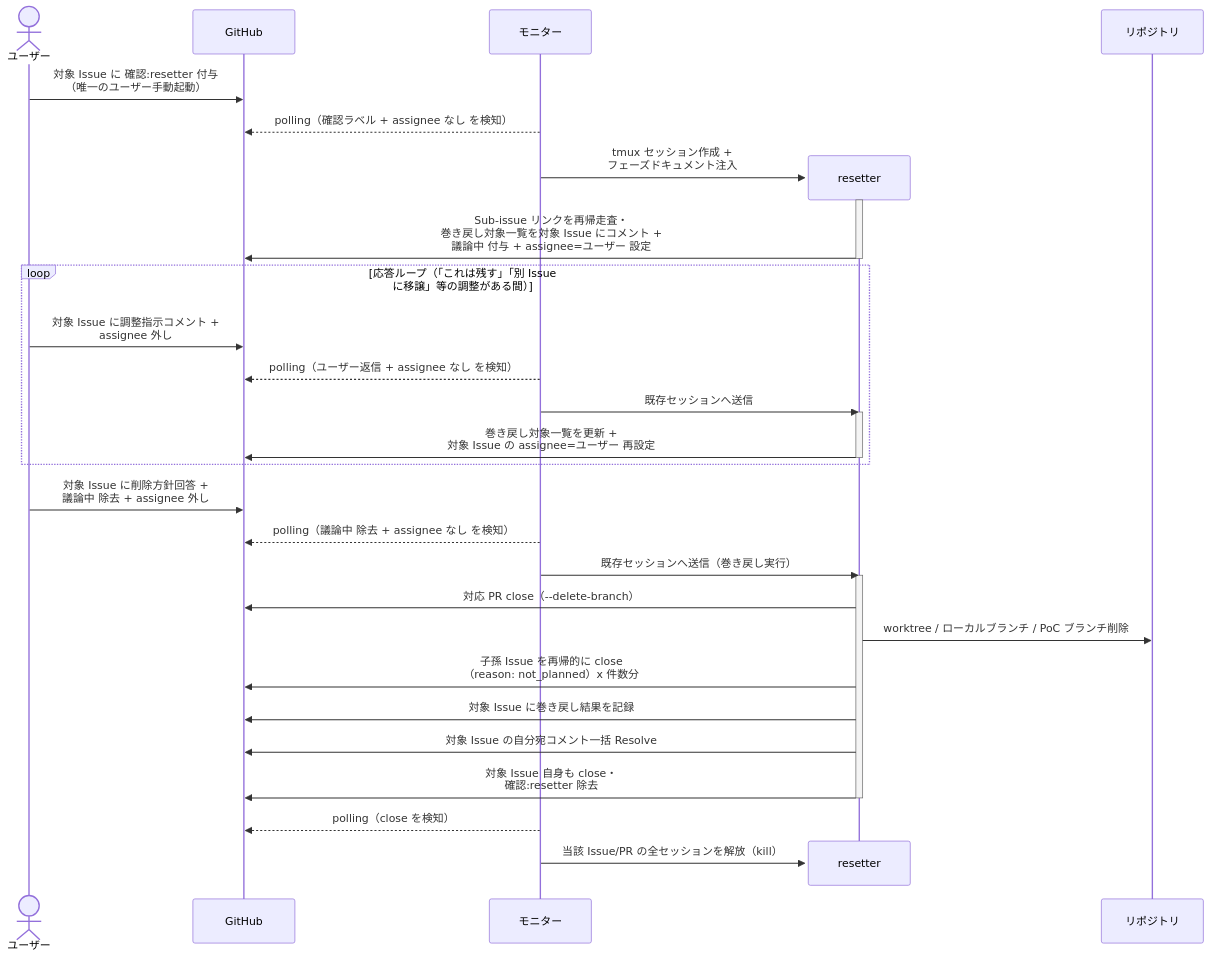
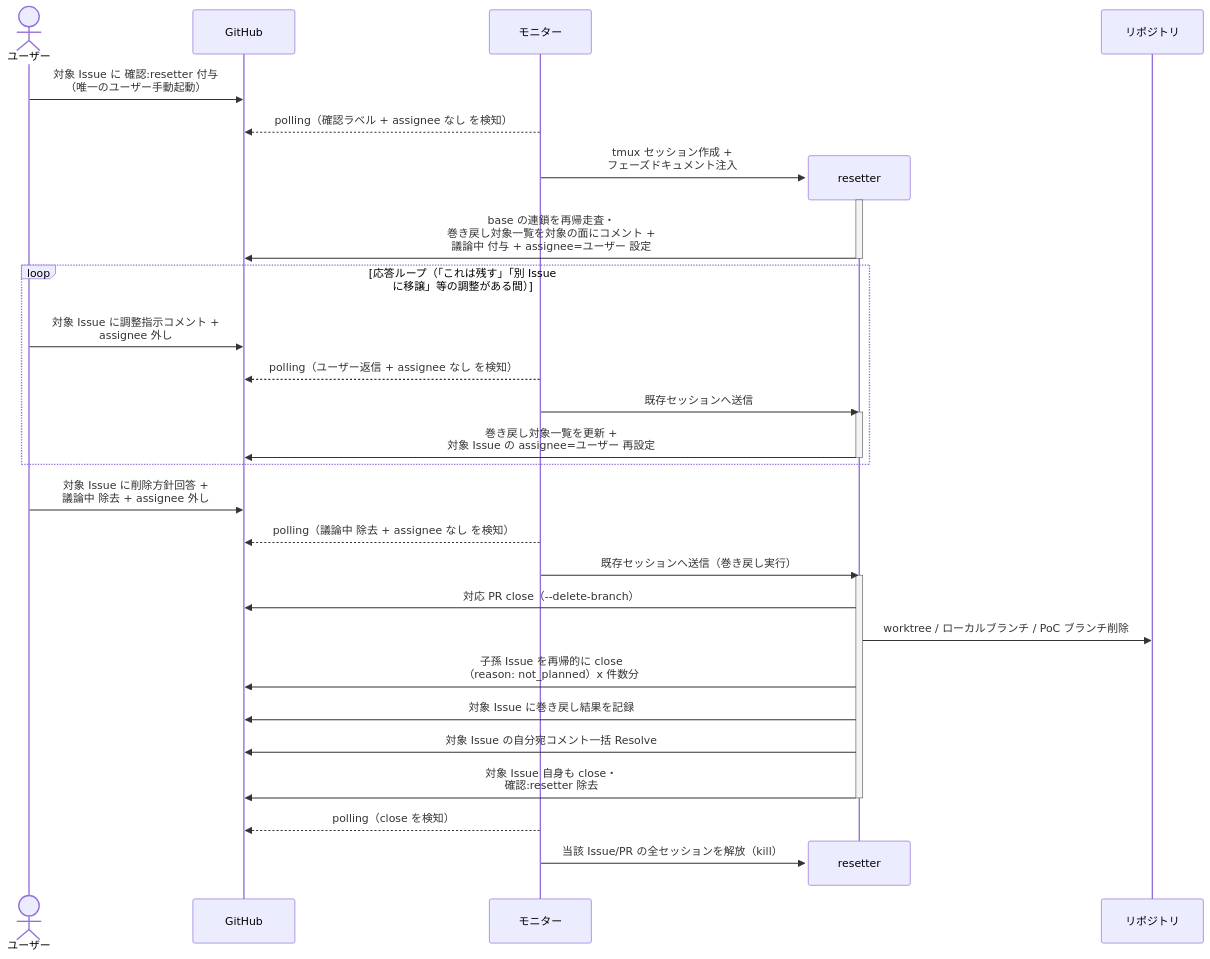
The diagram in docs/wiki/設計図/シナリオ/単一ユースケース/リセット実行.md (shuhei1101/ai-monitor), drawn with Mermaid before and after one commit. The commit also changed 256 other files, not shown here.

````diff
--- a/docs/wiki/設計図/シナリオ/単一ユースケース/リセット実行.md
+++ b/docs/wiki/設計図/シナリオ/単一ユースケース/リセット実行.md
@@ -27,39 +27,39 @@
 ```mermaid
 sequenceDiagram
   actor U as ユーザー
   participant GH as GitHub
   participant ORC as モニター
 
   U->>GH: 対象 Issue に 確認:resetter 付与<br>（唯一のユーザー手動起動）
   ORC-->>GH: polling（確認ラベル + assignee なし を検知）
   create participant MON as resetter
   ORC->>MON: tmux セッション作成 +<br>フェーズドキュメント注入
   participant REPO as リポジトリ
   activate MON
-  MON->>GH: Sub-issue リンクを再帰走査・<br>巻き戻し対象一覧を対象 Issue にコメント +<br>議論中 付与 + assignee=ユーザー 設定
+  MON->>GH: base の連鎖を再帰走査・<br>巻き戻し対象一覧を対象の面にコメント +<br>議論中 付与 + assignee=ユーザー 設定
   deactivate MON
 
   loop 応答ループ（「これは残す」「別 Issue<br>に移譲」等の調整がある間）
     U->>GH: 対象 Issue に調整指示コメント +<br>assignee 外し
     ORC-->>GH: polling（ユーザー返信 + assignee なし を検知）
     ORC->>MON: 既存セッションへ送信
     activate MON
     MON->>GH: 巻き戻し対象一覧を更新 +<br>対象 Issue の assignee=ユーザー 再設定
     deactivate MON
   end
 
   U->>GH: 対象 Issue に削除方針回答 +<br>議論中 除去 + assignee 外し
   ORC-->>GH: polling（議論中 除去 + assignee なし を検知）
   ORC->>MON: 既存セッションへ送信（巻き戻し実行）
   activate MON
   MON->>GH: 対応 PR close（--delete-branch）
   MON->>REPO: worktree / ローカルブランチ / PoC ブランチ削除
   MON->>GH: 子孫 Issue を再帰的に close<br>（reason: not_planned）x 件数分
   MON->>GH: 対象 Issue に巻き戻し結果を記録
   MON->>GH: 対象 Issue の自分宛コメント一括 Resolve
   MON->>GH: 対象 Issue 自身も close・<br>確認:resetter 除去
   deactivate MON
   ORC-->>GH: polling（close を検知）
   destroy MON
   ORC->>MON: 当該 Issue/PR の全セッションを解放（kill）
 ```
````
